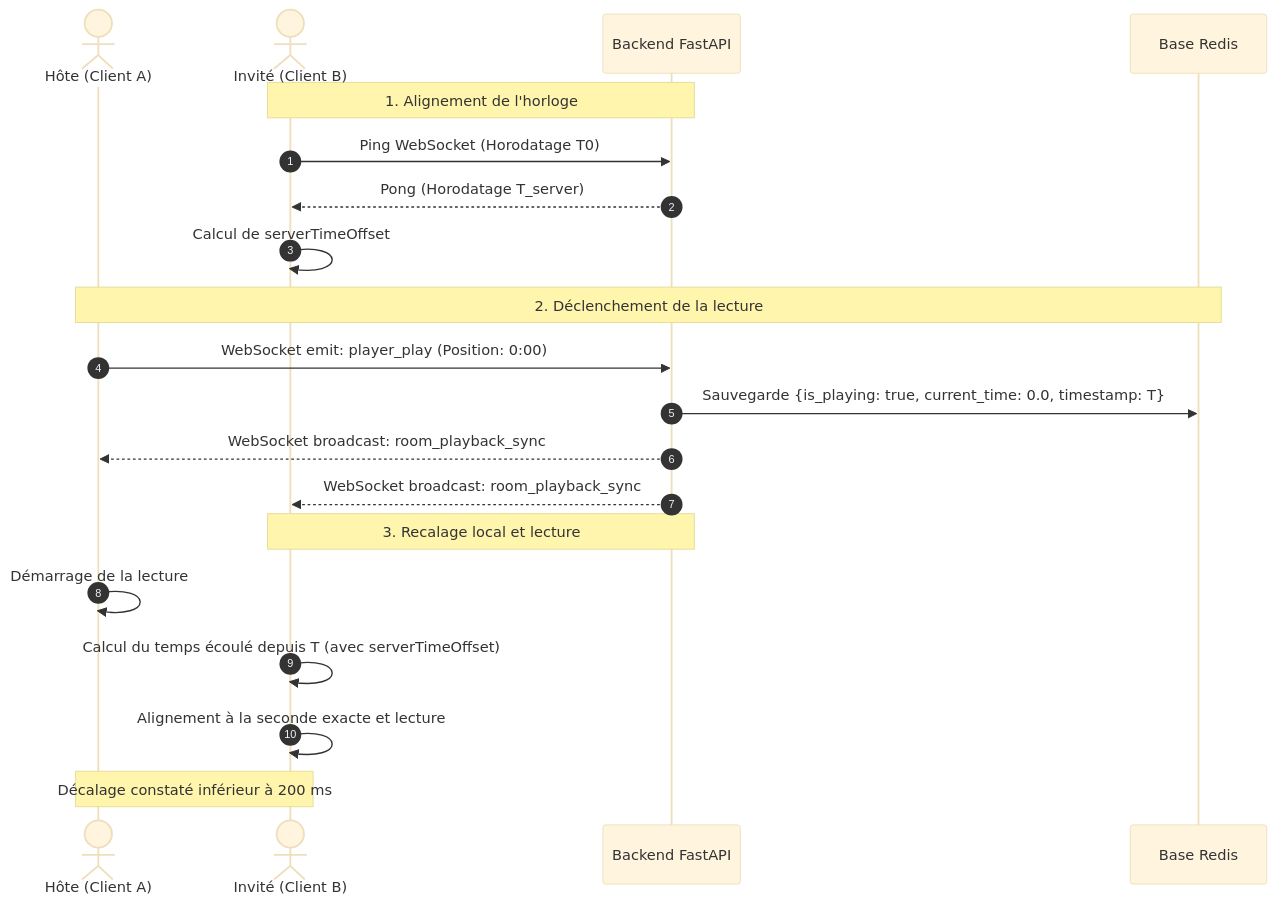
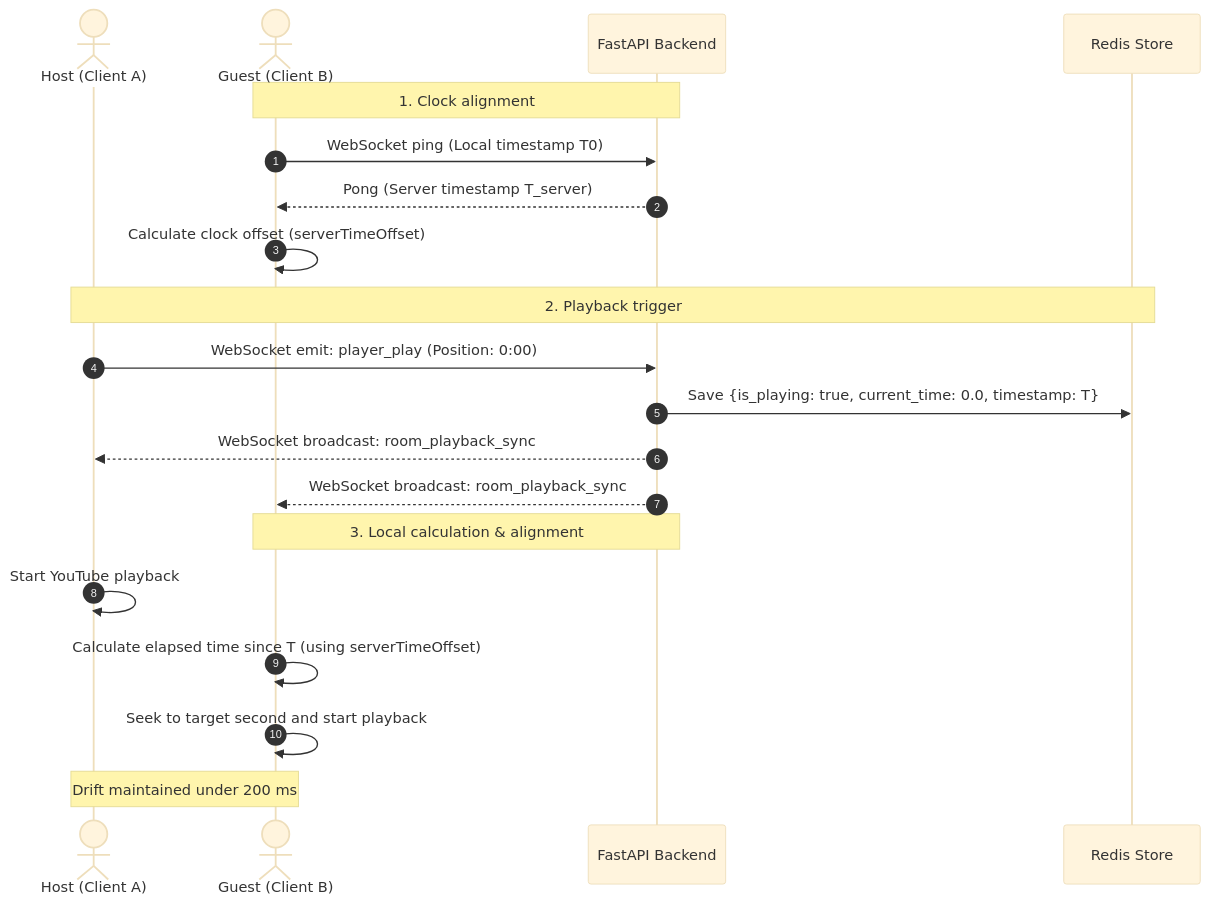
One commit to Moohmoo/Synk changed the diagram in docs/core-sync-algorithm.md. Above: the diagram before and after it, drawn with Mermaid (base theme). The commit also changed other lines of this file and 3 other files, not shown here.

````diff
--- a/docs/core-sync-algorithm.md
+++ b/docs/core-sync-algorithm.md
@@ -82,25 +82,25 @@
 ```mermaid
 sequenceDiagram
     autonumber
-    actor Host as Hôte (Client A)
-    actor Guest as Invité (Client B)
-    participant FastAPI as Backend FastAPI
-    participant Redis as Base Redis
+    actor Host as Host (Client A)
+    actor Guest as Guest (Client B)
+    participant FastAPI as FastAPI Backend
+    participant Redis as Redis Store
 
-    Note over Guest,FastAPI: 1. Alignement de l'horloge
-    Guest->>FastAPI: Ping WebSocket (Horodatage T0)
-    FastAPI-->>Guest: Pong (Horodatage T_server)
-    Guest->>Guest: Calcul de serverTimeOffset
+    Note over Guest,FastAPI: 1. Clock alignment
+    Guest->>FastAPI: WebSocket ping (Local timestamp T0)
+    FastAPI-->>Guest: Pong (Server timestamp T_server)
+    Guest->>Guest: Calculate clock offset (serverTimeOffset)
 
-    Note over Host,Redis: 2. Déclenchement de la lecture
+    Note over Host,Redis: 2. Playback trigger
     Host->>FastAPI: WebSocket emit: player_play (Position: 0:00)
-    FastAPI->>Redis: Sauvegarde {is_playing: true, current_time: 0.0, timestamp: T}
+    FastAPI->>Redis: Save {is_playing: true, current_time: 0.0, timestamp: T}
     FastAPI-->>Host: WebSocket broadcast: room_playback_sync
     FastAPI-->>Guest: WebSocket broadcast: room_playback_sync
 
-    Note over Guest,FastAPI: 3. Recalage local et lecture
-    Host->>Host: Démarrage de la lecture
-    Guest->>Guest: Calcul du temps écoulé depuis T (avec serverTimeOffset)
-    Guest->>Guest: Alignement à la seconde exacte et lecture
-    Note over Host,Guest: Décalage constaté inférieur à 200 ms
+    Note over Guest,FastAPI: 3. Local calculation & alignment
+    Host->>Host: Start YouTube playback
+    Guest->>Guest: Calculate elapsed time since T (using serverTimeOffset)
+    Guest->>Guest: Seek to target second and start playback
+    Note over Host,Guest: Drift maintained under 200 ms
 ```
````
